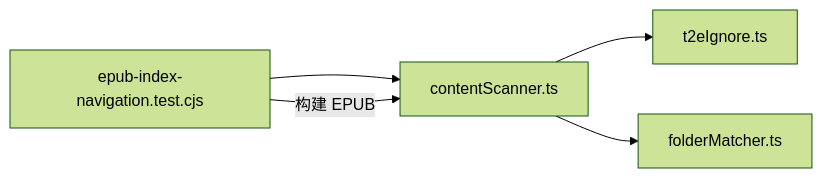
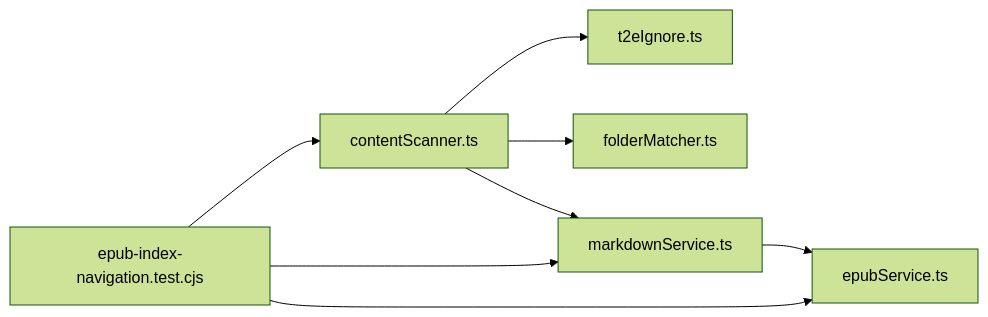
Before and after one commit to someok/vscode-folder2epub: the fifth of 5 diagrams in .qoder/repowiki/zh/content/技术架构详解/内容扫描系统/索引文件处理.md, drawn with Mermaid (forest theme). The commit also changed other lines of this file and 5 other files, not shown here.

````diff
--- a/.qoder/repowiki/zh/content/技术架构详解/内容扫描系统/索引文件处理.md
+++ b/.qoder/repowiki/zh/content/技术架构详解/内容扫描系统/索引文件处理.md
@@ -247,7 +321,10 @@
 ```mermaid
 graph LR
 CS["contentScanner.ts"] --> TI["t2eIgnore.ts"]
 CS --> FM["folderMatcher.ts"]
+CS --> MS["markdownService.ts"]
+MS --> ES["epubService.ts"]
 TEST["epub-index-navigation.test.cjs"] --> CS
-TEST --> |"构建 EPUB"| CS
+TEST --> MS
+TEST --> ES
 ```
````
